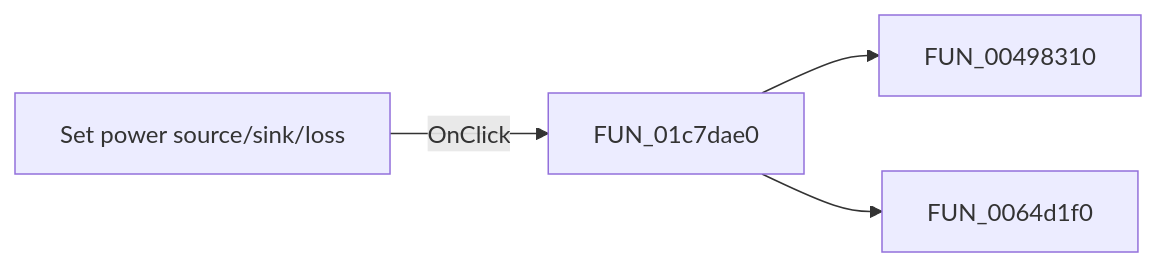
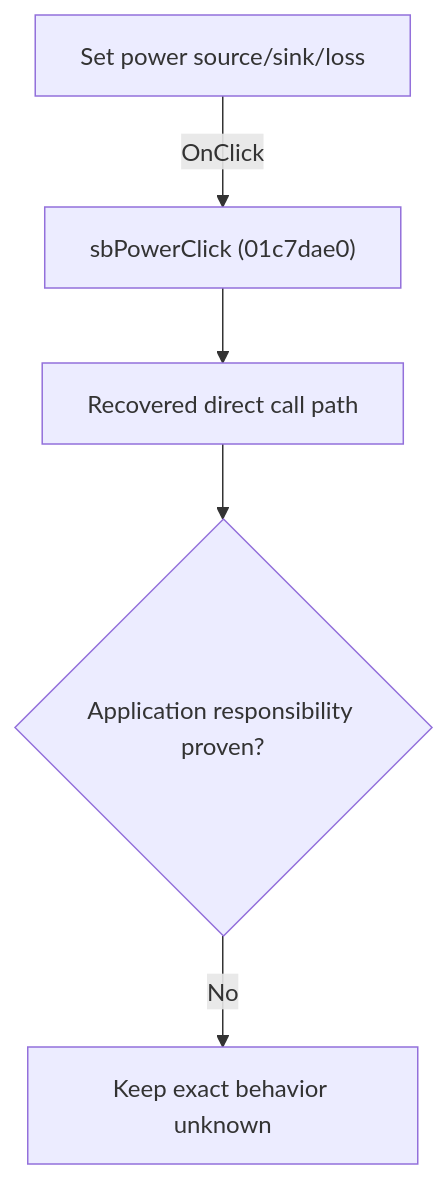
Before and after one commit to MovGP0/TIARA: the diagram in docs/ui-controls/schematiceditor/sbpower-1d1b7babdb.md, drawn with Mermaid. The commit also changed other lines of this file and 1062 other files, not shown here.

````diff
--- a/docs/ui-controls/schematiceditor/sbpower-1d1b7babdb.md
+++ b/docs/ui-controls/schematiceditor/sbpower-1d1b7babdb.md
@@ -27,6 +27,7 @@
 ```mermaid
-flowchart LR
-    control["Set power source/sink/loss"] -->|OnClick| handler["FUN_01c7dae0"]
-    handler --> call1["FUN_00498310"]
-    handler --> call2["FUN_0064d1f0"]
+flowchart TD
+    control["Set power source/sink/loss"] -->|"OnClick"| handler["sbPowerClick (01c7dae0)"]
+    handler --> recovered["Recovered direct call path"]
+    recovered --> gap{"Application responsibility proven?"}
+    gap -->|"No"| blocked["Keep exact behavior unknown"]
 ```
````
